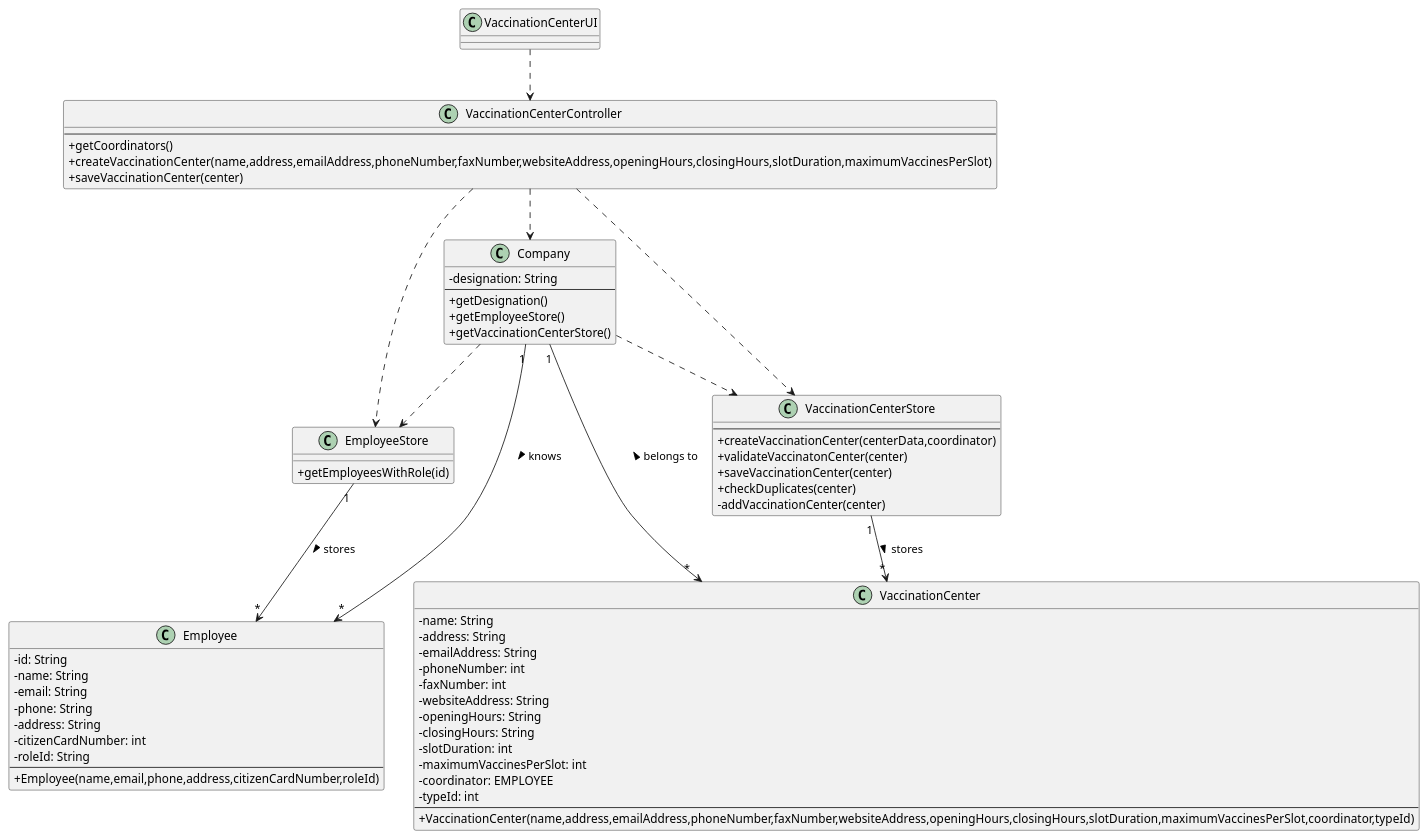
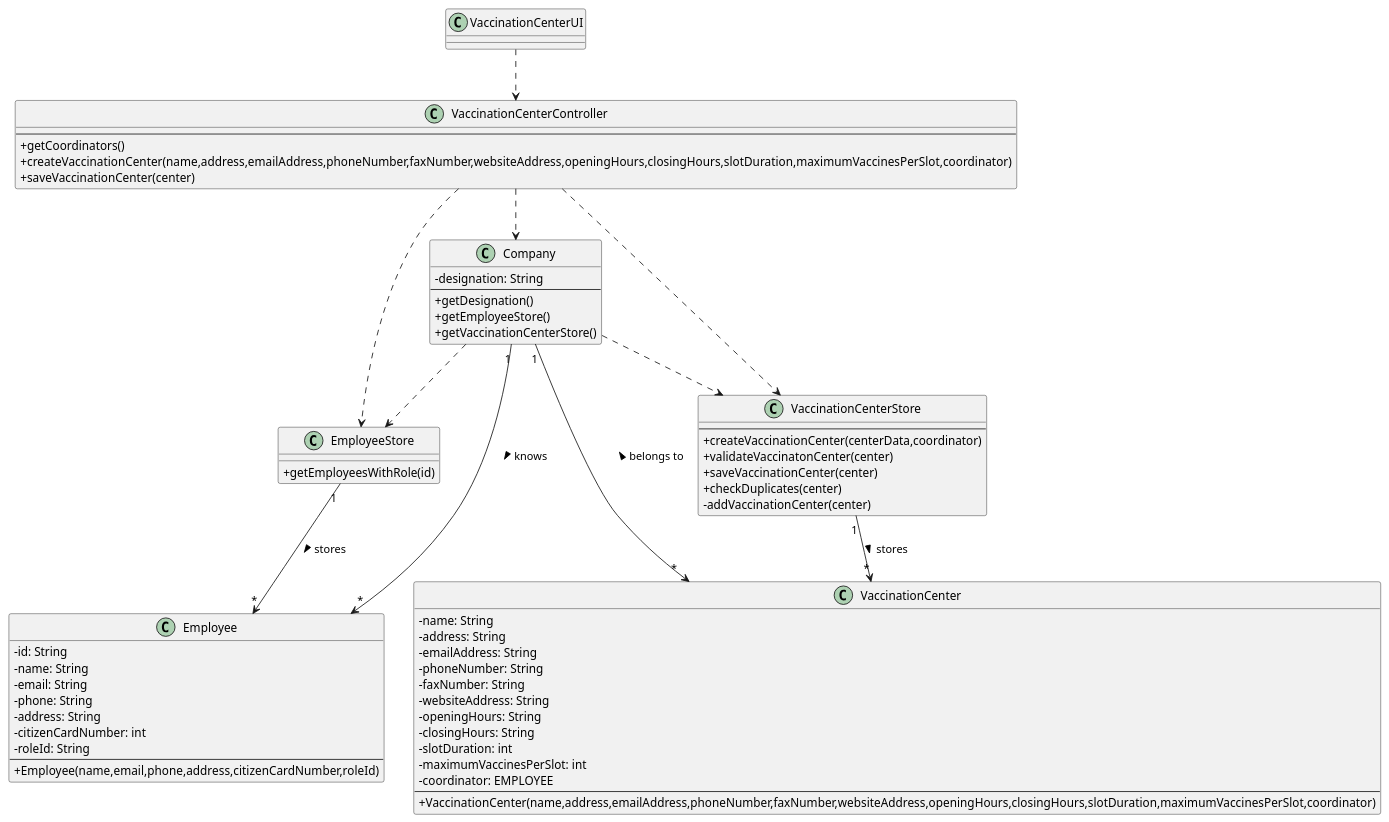
The diagram in docs/SprintB/US09/CD/US09_CD.puml (miseEnPlace-i/lapr2), drawn with PlantUML before and after one commit. The commit also changed 1 other file, not shown here.

```diff
--- a/docs/SprintB/US09/CD/US09_CD.puml
+++ b/docs/SprintB/US09/CD/US09_CD.puml
@@ -1,75 +1,74 @@
 @startuml US09_CD
 skinparam classAttributeIconSize 0
 
 class VaccinationCenter {
   - name: String
   - address: String
   - emailAddress: String
-  - phoneNumber: int
-  - faxNumber: int
+  - phoneNumber: String
+  - faxNumber: String
   - websiteAddress: String
   - openingHours: String
   - closingHours: String
   - slotDuration: int
   - maximumVaccinesPerSlot: int
   - coordinator: EMPLOYEE
-  - typeId: int
   ---
- +VaccinationCenter(name,address,emailAddress,phoneNumber,faxNumber,websiteAddress,openingHours,closingHours,slotDuration,maximumVaccinesPerSlot,coordinator,typeId)
+ +VaccinationCenter(name,address,emailAddress,phoneNumber,faxNumber,websiteAddress,openingHours,closingHours,slotDuration,maximumVaccinesPerSlot,coordinator)
 }
 
 
 class Company {
   -designation: String
   ---
   +getDesignation()
   +getEmployeeStore()
   +getVaccinationCenterStore()
 }
 
 class VaccinationCenterStore {
 ---
 +createVaccinationCenter(centerData,coordinator)
 +validateVaccinatonCenter(center)
 +saveVaccinationCenter(center)
 +checkDuplicates(center)
 -addVaccinationCenter(center)
 }
 
 class Employee {
   -id: String 
   -name: String 
   -email: String 
   -phone: String 
   -address: String 
   -citizenCardNumber: int 
   -roleId: String 
   ---
   +Employee(name,email,phone,address,citizenCardNumber,roleId)
 }
 
 class EmployeeStore {
   +getEmployeesWithRole(id)
 }
 
 class VaccinationCenterController {
   ---
   +getCoordinators()
-  +createVaccinationCenter(name,address,emailAddress,phoneNumber,faxNumber,websiteAddress,openingHours,closingHours,slotDuration,maximumVaccinesPerSlot)
+  +createVaccinationCenter(name,address,emailAddress,phoneNumber,faxNumber,websiteAddress,openingHours,closingHours,slotDuration,maximumVaccinesPerSlot,coordinator)
   +saveVaccinationCenter(center)
 }
 
 class VaccinationCenterUI {}
 
 VaccinationCenterUI ..> VaccinationCenterController
 VaccinationCenterController ..> Company
 Company "1" --> "*" VaccinationCenter : belongs to <
 Company ..> VaccinationCenterStore
 Company ..> EmployeeStore
 EmployeeStore "1" --> "*" Employee : stores >
 Company "1" --> "*" Employee : knows >
 VaccinationCenterController ..> VaccinationCenterStore
 VaccinationCenterController ..> EmployeeStore
 VaccinationCenterStore "1" --> "*" VaccinationCenter : stores >
 
 @enduml
```
